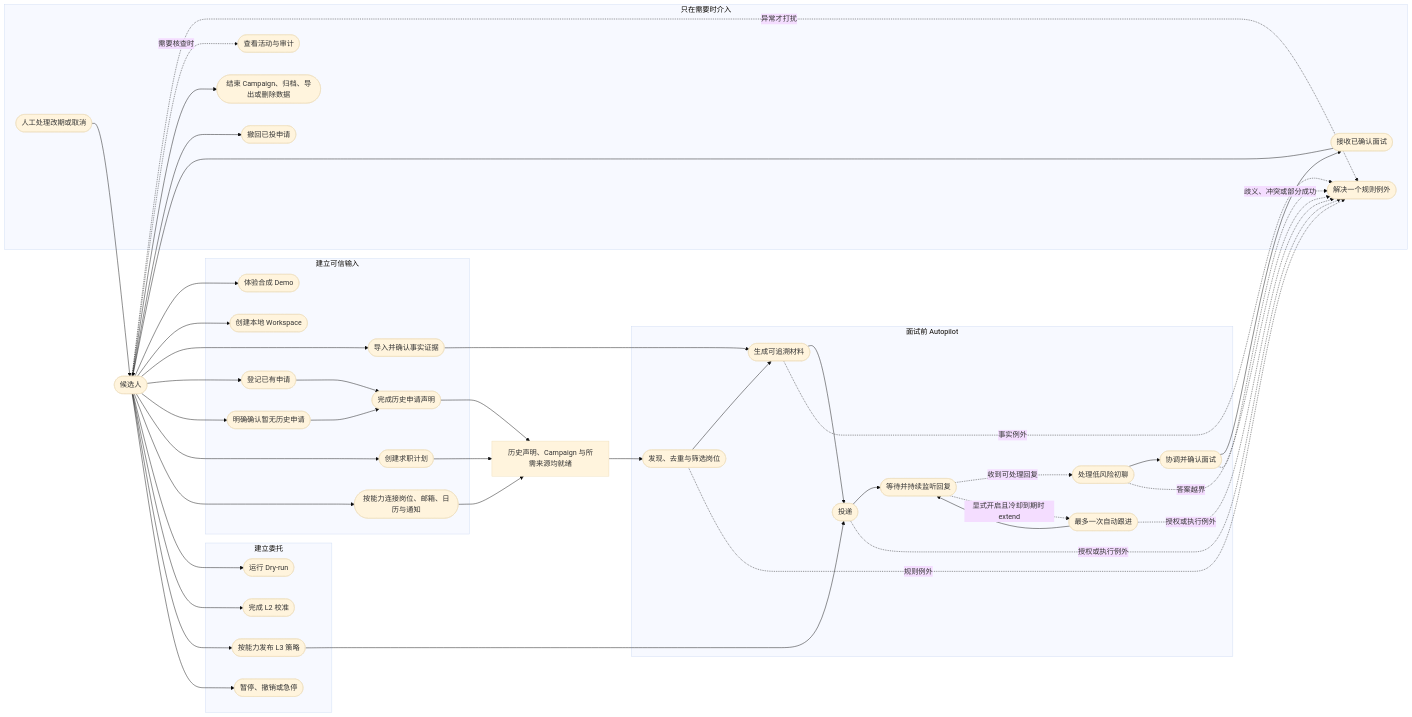
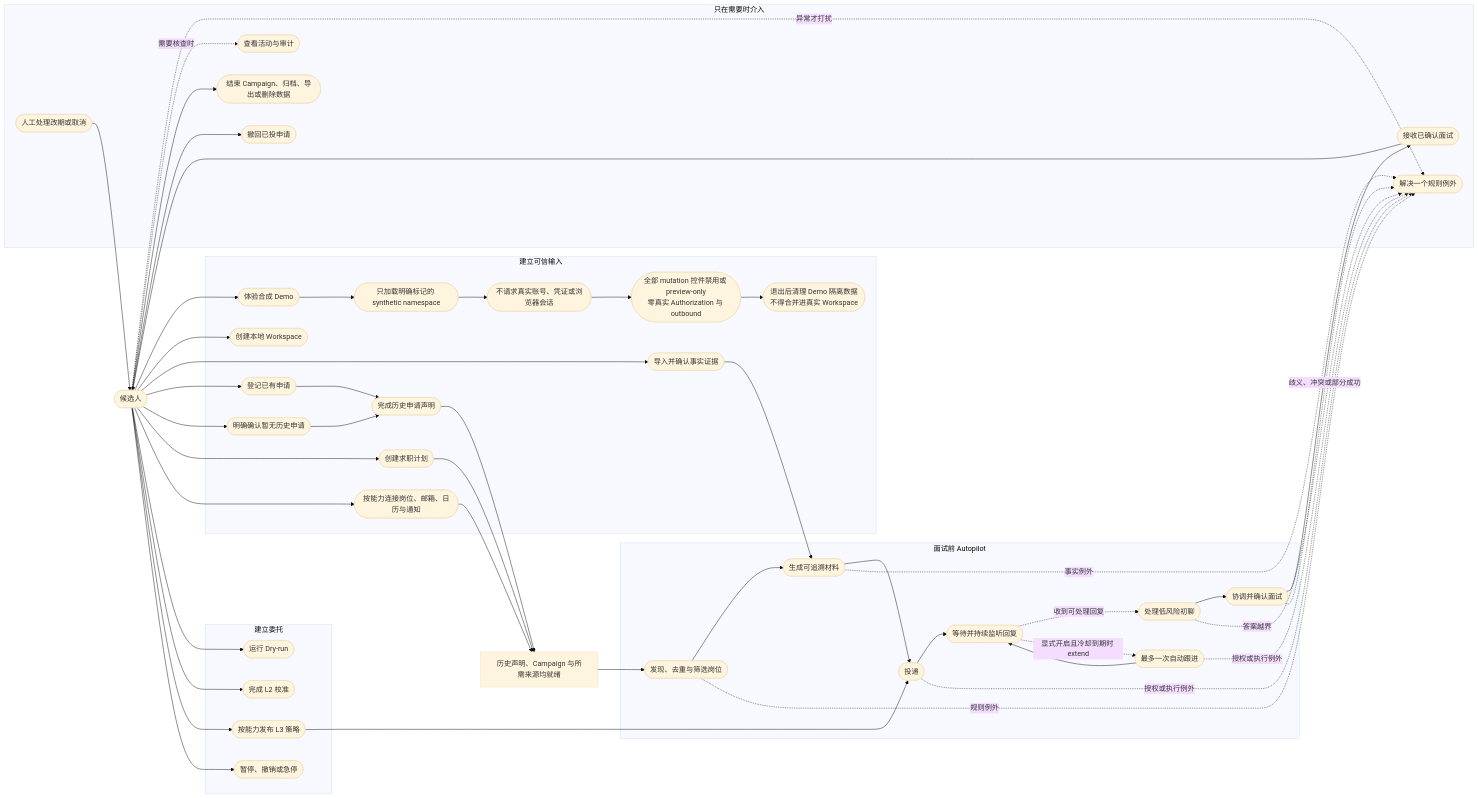
Before and after one commit to AnnCYW-cm/rolefox: the second of 5 diagrams in docs/product/uml/01-context-use-cases.md, drawn with Mermaid (base theme). The commit also changed other lines of this file and 22 other files, not shown here.

Commit message:
docs: accept v0.1 product and UML baseline

````diff
--- a/docs/product/uml/01-context-use-cases.md
+++ b/docs/product/uml/01-context-use-cases.md
@@ -64,12 +65,17 @@
 ```mermaid
 flowchart LR
     %% @anchor DEMO
+    %% @anchor SAFE_SYNTHETIC_DEMO
     %% @anchor HISTORY_DECLARATION
     %% @anchor CANDIDATE_JOURNEY
     User([候选人])
 
     subgraph Setup[建立可信输入]
         U01([体验合成 Demo])
+        DemoData([只加载明确标记的 synthetic namespace])
+        DemoNoAuth([不请求真实账号、凭证或浏览器会话])
+        DemoPreview([全部 mutation 控件禁用或 preview-only<br/>零真实 Authorization 与 outbound])
+        DemoExit([退出后清理 Demo 隔离数据<br/>不得合并进真实 Workspace])
         U02([创建本地 Workspace])
         U03([导入并确认事实证据])
         U04([登记已有申请])
@@ -106,6 +112,7 @@
     end
 
     User --> U01
+    U01 --> DemoData --> DemoNoAuth --> DemoPreview --> DemoExit
     User --> U02
     User --> U03
     User --> U04
````
